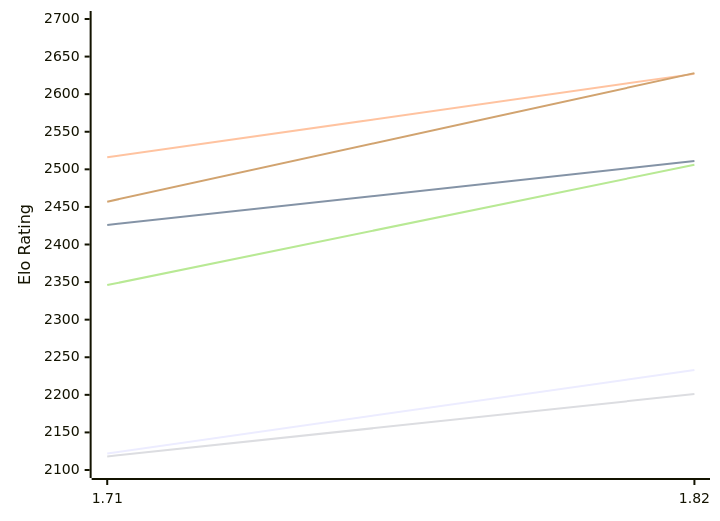
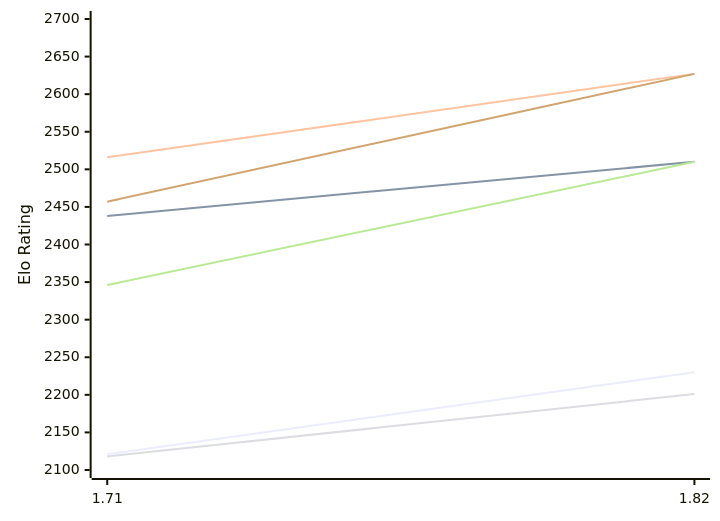
The first of 2 diagrams in engines/Amira.md (computer-chess-index/cci), drawn with Mermaid before and after one commit. The commit also changed other lines of this file, not shown here.

Commit message:
Update CCI Ratings (ELO VLTC) - 2026-11-27

````diff
--- a/engines/Amira.md
+++ b/engines/Amira.md
@@ -50,12 +50,12 @@
 ```mermaid
 %%{init: {"theme":"base","themeVariables":{"seriesColors:['#a3a3a3','#222221','#faa371']}}}%%
 xychart-beta
   x-axis ["1.71", "1.82"]
   y-axis "Elo Rating" 2100 --> 2700
-  line "E1: STC (8.0+0.08s)" [2122, 2233]
-  line "E1: LTC (60.0+0.60s)" [2426, 2511]
+  line "E1: STC (8.0+0.08s)" [2121, 2230]
+  line "E1: LTC (60.0+0.60s)" [2438, 2510]
   line "E1: VLTC (2m24s+1.12s)" [2516, 2627]
   line "P1: STC (8.0+0.08s)" [2118, 2201]
-  line "P1: LTC (60.0+0.60s)" [2346, 2506]
-  line "P1: VLTC (2m24s+1.12s)" [2457, 2628]
+  line "P1: LTC (60.0+0.60s)" [2346, 2510]
+  line "P1: VLTC (2m24s+1.12s)" [2457, 2627]
 ```
````
